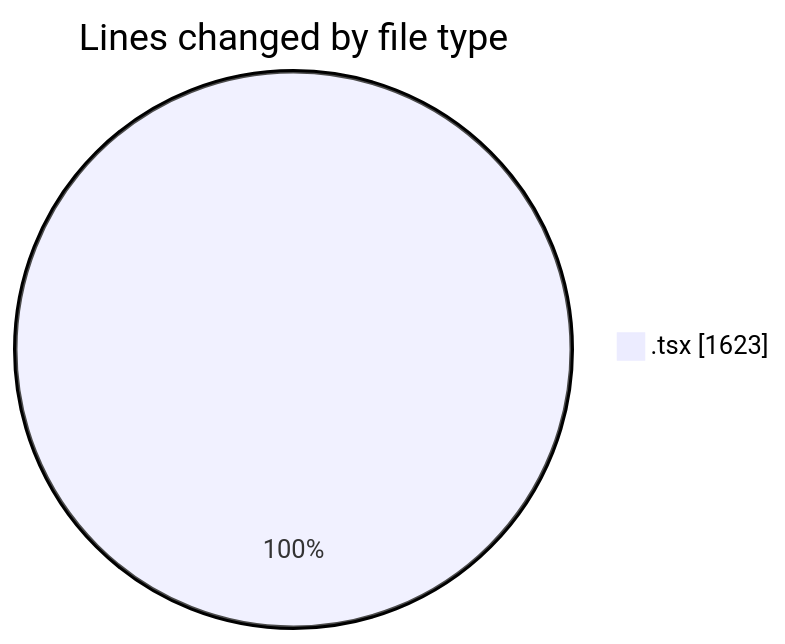
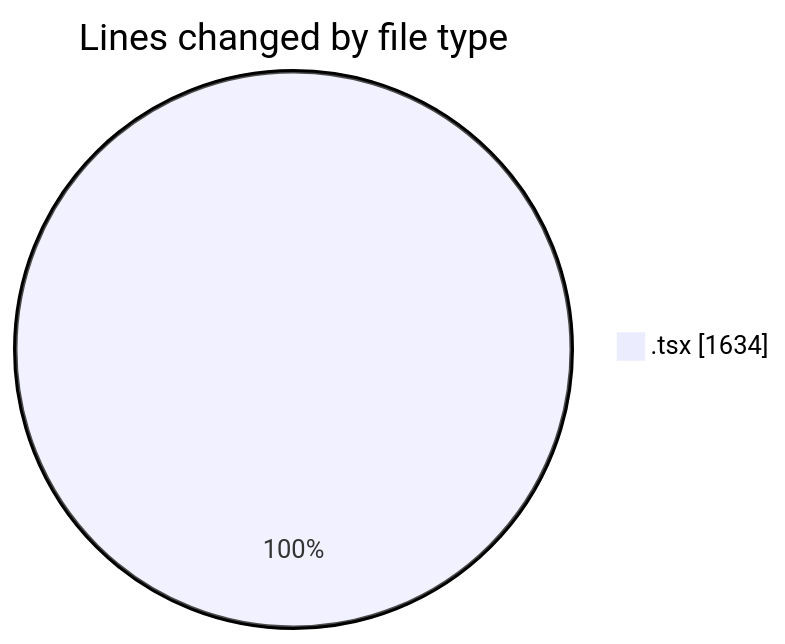
The first of 2 diagrams in 2025-06-13/cda/README.md (momahboobian/code-tracking), drawn with Mermaid before and after one commit. The commit also changed other lines of this file and 1 other file, not shown here.

````diff
--- a/2025-06-13/cda/README.md
+++ b/2025-06-13/cda/README.md
@@ -22,5 +22,5 @@
 ```mermaid
 pie showData
 title Lines changed by file type
-".tsx" : 1623
+".tsx" : 1634
 ```
````
